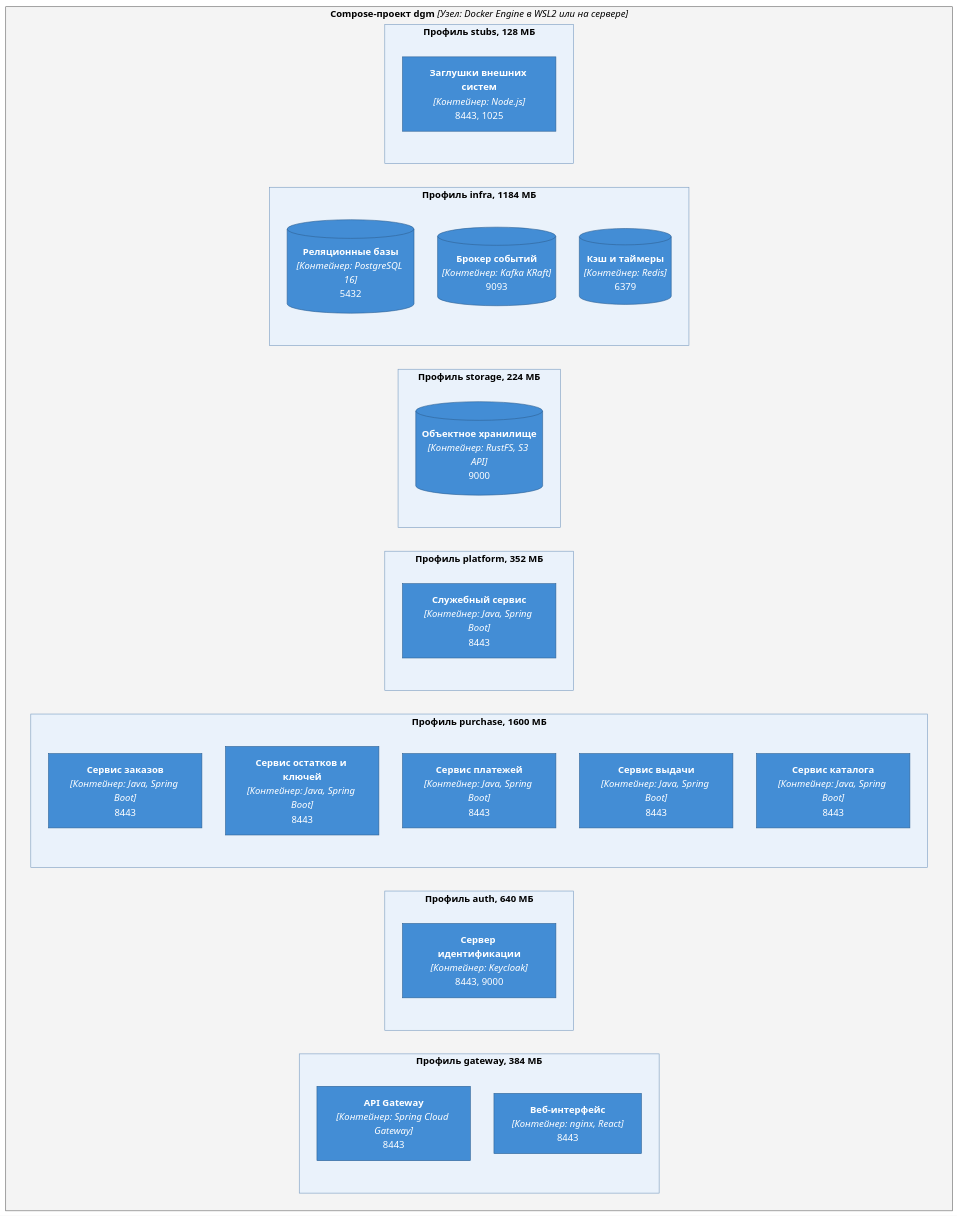
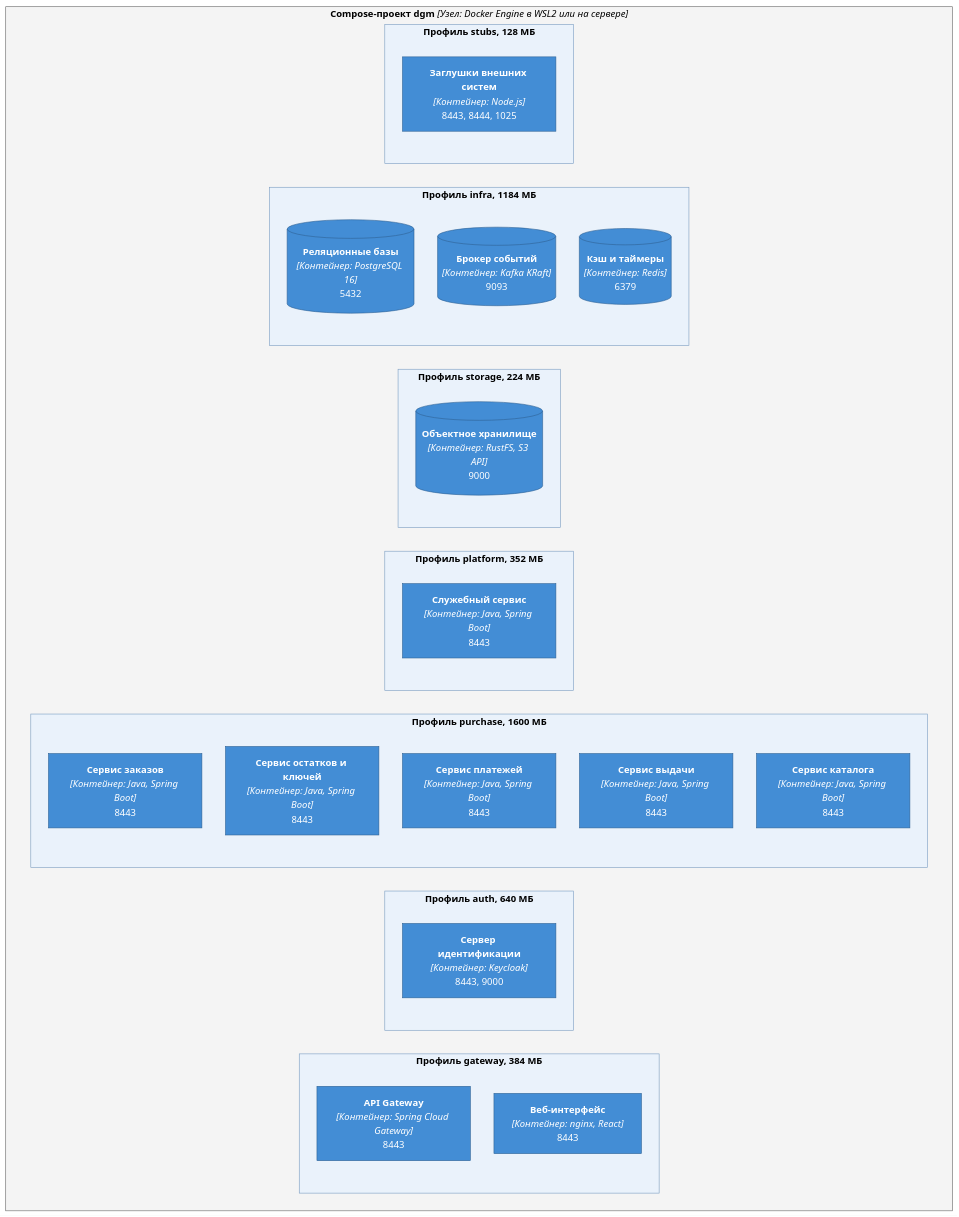
Before and after one commit to Lapin143/digital-goods-marketplace: the second of 5 diagrams in docs/05-architecture/c4-deployment.md, drawn with Mermaid. The commit also changed other lines of this file and 53 other files, not shown here.

First line of the commit message:
stubs: заглушки внешних систем с управляемыми режимами

````diff
--- a/docs/05-architecture/c4-deployment.md
+++ b/docs/05-architecture/c4-deployment.md
@@ -78,45 +78,45 @@
 ```mermaid
 %%{init: {"theme":"base","themeVariables":{"edgeLabelBackground":"#ffffff","lineColor":"#444444"},"flowchart": {"nodeSpacing": 40, "rankSpacing": 60, "curve": "basis"}}}%%
 flowchart TB
     subgraph laptop["<b>Compose-проект dgm</b> <i>[Узел: Docker Engine в WSL2 или на сервере]</i>"]
         subgraph p-gateway["<b>Профиль gateway, 384 МБ</b>"]
             api-gateway["<b>API Gateway</b><br/><i>[Контейнер: Spring Cloud Gateway]</i><br/>8443"]
             web-app["<b>Веб-интерфейс</b><br/><i>[Контейнер: nginx, React]</i><br/>8443"]
         end
         subgraph p-auth["<b>Профиль auth, 640 МБ</b>"]
             keycloak["<b>Сервер идентификации</b><br/><i>[Контейнер: Keycloak]</i><br/>8443, 9000"]
         end
         subgraph p-purchase["<b>Профиль purchase, 1600 МБ</b>"]
             order-service["<b>Сервис заказов</b><br/><i>[Контейнер: Java, Spring Boot]</i><br/>8443"]
             inventory-service["<b>Сервис остатков и ключей</b><br/><i>[Контейнер: Java, Spring Boot]</i><br/>8443"]
             payment-service["<b>Сервис платежей</b><br/><i>[Контейнер: Java, Spring Boot]</i><br/>8443"]
             delivery-service["<b>Сервис выдачи</b><br/><i>[Контейнер: Java, Spring Boot]</i><br/>8443"]
             catalog-service["<b>Сервис каталога</b><br/><i>[Контейнер: Java, Spring Boot]</i><br/>8443"]
         end
         subgraph p-platform["<b>Профиль platform, 352 МБ</b>"]
             platform-service["<b>Служебный сервис</b><br/><i>[Контейнер: Java, Spring Boot]</i><br/>8443"]
         end
         subgraph p-storage["<b>Профиль storage, 224 МБ</b>"]
             object-storage[("<b>Объектное хранилище</b><br/><i>[Контейнер: RustFS, S3 API]</i><br/>9000")]
         end
         subgraph p-infra["<b>Профиль infra, 1184 МБ</b>"]
             postgres[("<b>Реляционные базы</b><br/><i>[Контейнер: PostgreSQL 16]</i><br/>5432")]
             kafka[("<b>Брокер событий</b><br/><i>[Контейнер: Kafka KRaft]</i><br/>9093")]
             redis[("<b>Кэш и таймеры</b><br/><i>[Контейнер: Redis]</i><br/>6379")]
         end
         subgraph p-stubs["<b>Профиль stubs, 128 МБ</b>"]
-            external-stubs["<b>Заглушки внешних систем</b><br/><i>[Контейнер: Node.js]</i><br/>8443, 1025"]
+            external-stubs["<b>Заглушки внешних систем</b><br/><i>[Контейнер: Node.js]</i><br/>8443, 8444, 1025"]
         end
     end
 
     classDef container fill:#438dd5,stroke:#2e6295,color:#ffffff
     class api-gateway,web-app,keycloak,order-service,inventory-service,payment-service,delivery-service,catalog-service,platform-service,object-storage,postgres,kafka,redis,external-stubs container
     style laptop fill:#f4f4f4,stroke:#666666,color:#000000
     style p-gateway fill:#eaf2fb,stroke:#7a9cc0,color:#000000
     style p-auth fill:#eaf2fb,stroke:#7a9cc0,color:#000000
     style p-purchase fill:#eaf2fb,stroke:#7a9cc0,color:#000000
     style p-platform fill:#eaf2fb,stroke:#7a9cc0,color:#000000
     style p-storage fill:#eaf2fb,stroke:#7a9cc0,color:#000000
     style p-infra fill:#eaf2fb,stroke:#7a9cc0,color:#000000
     style p-stubs fill:#eaf2fb,stroke:#7a9cc0,color:#000000
 ```
````
